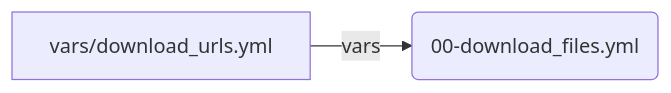
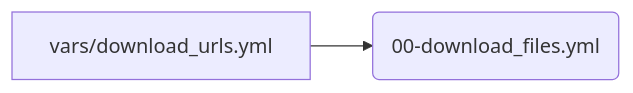
The diagram in docs/content/step-by-step/05-download-files.md (bottlelee/ansible-elk-deploy), drawn with Mermaid before and after one commit. The commit also changed 6 other files, not shown here.

```diff
--- a/docs/content/step-by-step/05-download-files.md
+++ b/docs/content/step-by-step/05-download-files.md
@@ -14,5 +14,5 @@
 {{<mermaid align="left">}}
 graph LR;
     Playbook(00-download_files.yml)
-    var1[vars/download_urls.yml] -- vars --> Playbook
+    var1[vars/download_urls.yml] --> Playbook
 {{< /mermaid >}}
```
